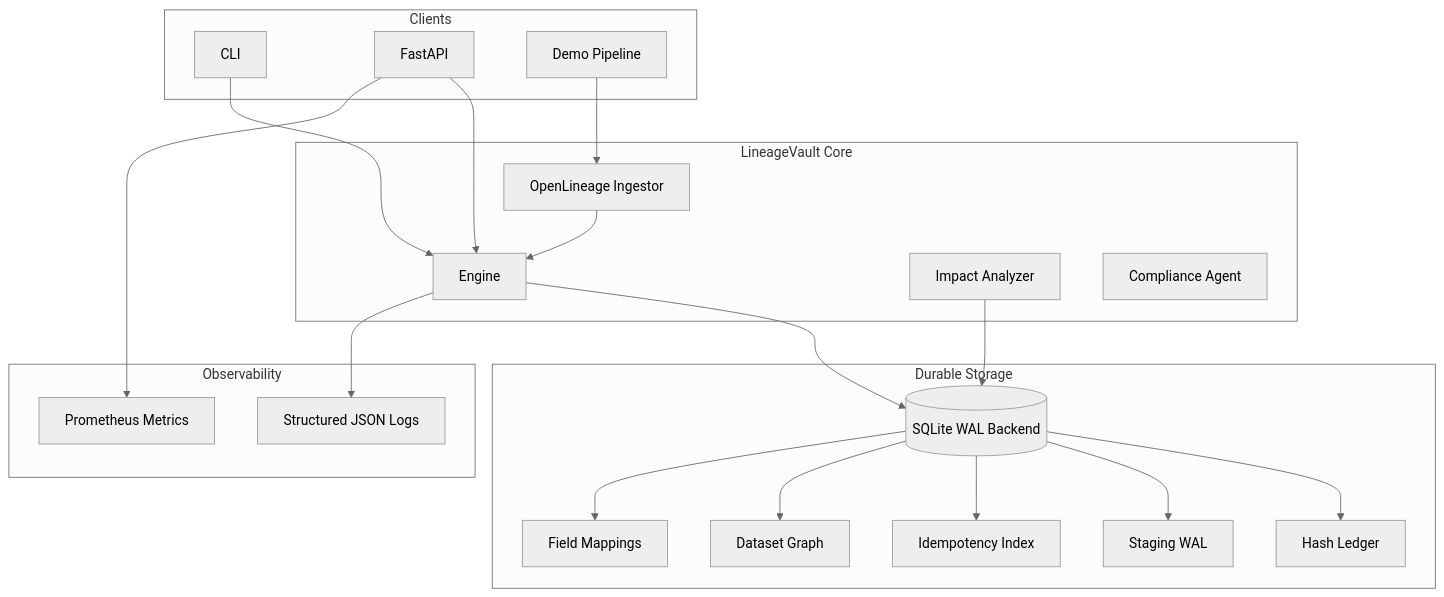
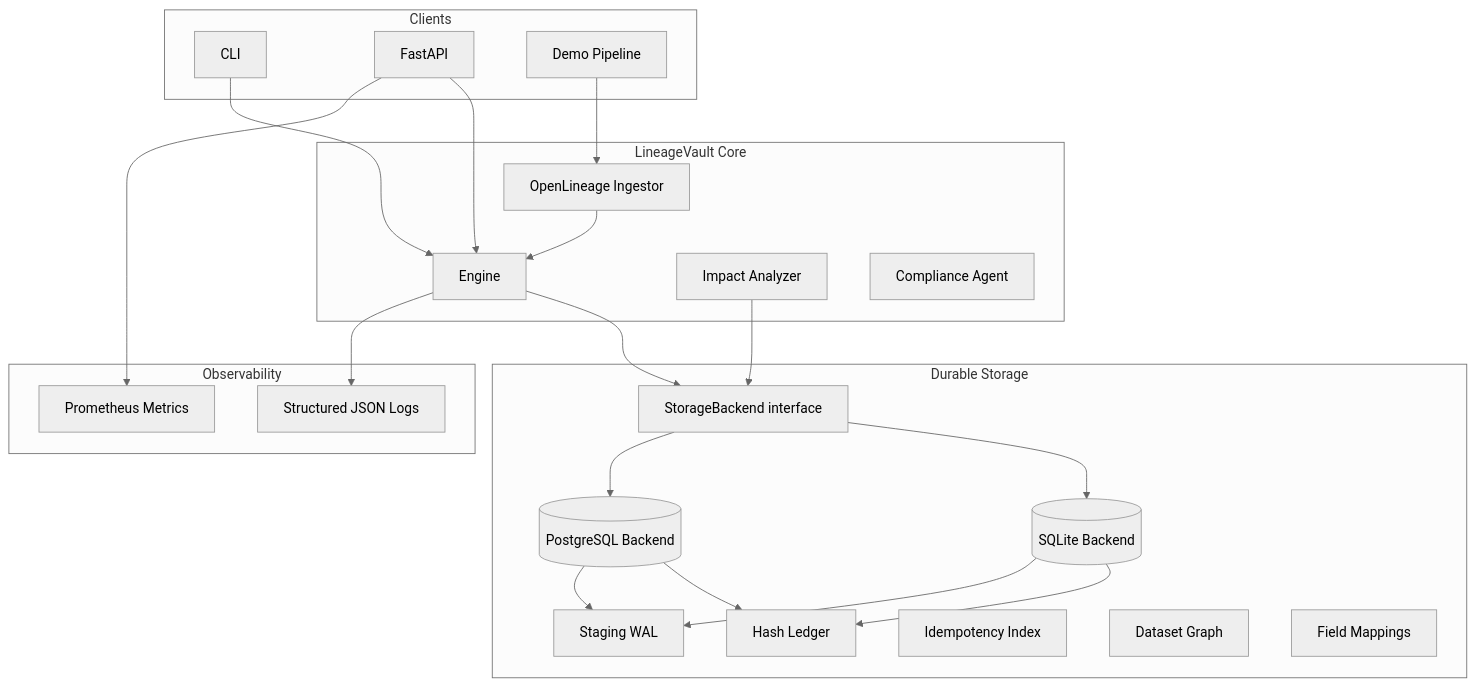
Before and after one commit to Ofunrein/lineage-vault: the diagram in docs/architecture.md, drawn with Mermaid (neutral theme). The commit also changed other lines of this file and 65 other files, not shown here.

````diff
--- a/docs/architecture.md
+++ b/docs/architecture.md
@@ -3,43 +3,46 @@
 ```mermaid
 flowchart TB
   subgraph clients [Clients]
     CLI[CLI]
     API[FastAPI]
     Demo[Demo Pipeline]
   end
 
   subgraph core [LineageVault Core]
     OL[OpenLineage Ingestor]
     ENG[Engine]
     IMP[Impact Analyzer]
     CMP[Compliance Agent]
   end
 
   subgraph storage [Durable Storage]
-    SB[(SQLite WAL Backend)]
+    IF[StorageBackend interface]
+    SQL[(SQLite Backend)]
+    PG[(PostgreSQL Backend)]
     LED[Hash Ledger]
     WAL[Staging WAL]
     IDEM[Idempotency Index]
     GRP[Dataset Graph]
     FL[Field Mappings]
   end
 
   subgraph obs [Observability]
     LOG[Structured JSON Logs]
     MET[Prometheus Metrics]
   end
 
   CLI --> ENG
   API --> ENG
   Demo --> OL
   OL --> ENG
-  ENG --> SB
-  IMP --> SB
-  SB --> LED
-  SB --> WAL
-  SB --> IDEM
-  SB --> GRP
-  SB --> FL
+  ENG --> IF
+  IF --> SQL
+  IF --> PG
+  IMP --> IF
+  SQL --> LED
+  SQL --> WAL
+  PG --> LED
+  PG --> WAL
   API --> MET
   ENG --> LOG
 ```
````
